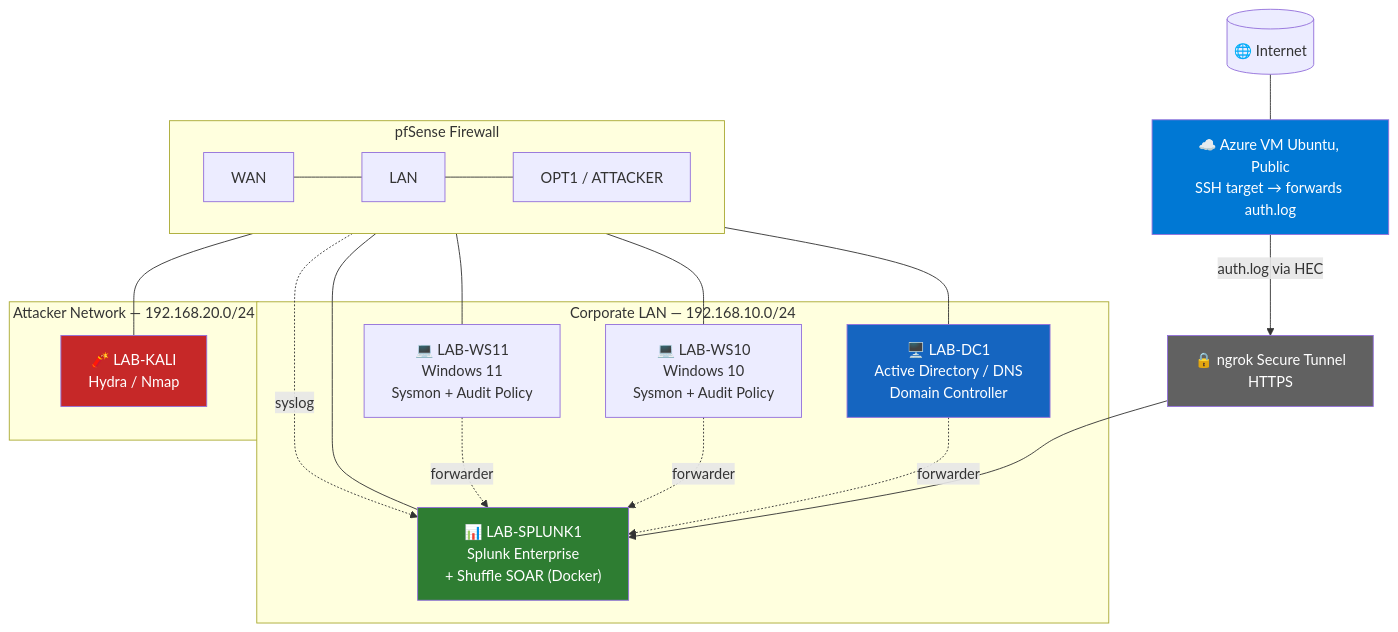
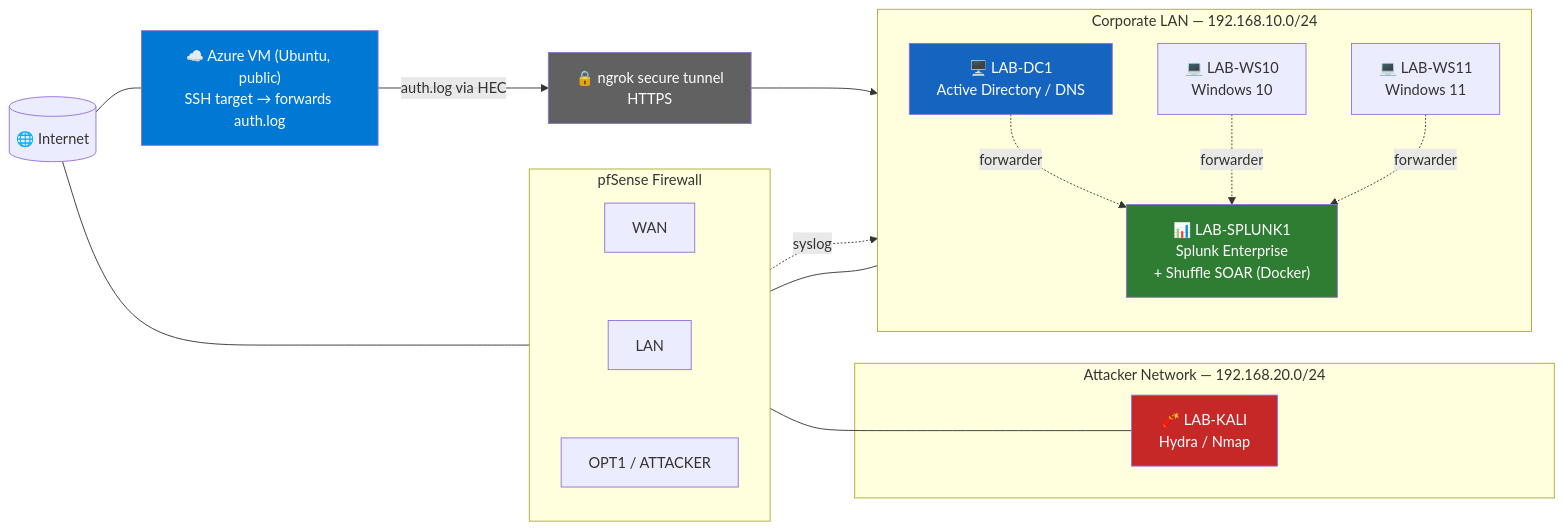
The diagram in README.md (ahhmedmostafaa/SOC-SIEM-SOAR-HomeLab), drawn with Mermaid before and after one commit. The commit also changed other lines of this file, not shown here.

````diff
--- a/README.md
+++ b/README.md
@@ -20,44 +20,45 @@
 ```mermaid
-flowchart TB
+flowchart LR
     INET[("🌐 Internet")]
-    NGROK["🔒 ngrok Secure Tunnel<br/>HTTPS"]
-    AZURE["☁️ Azure VM Ubuntu, Public<br/>SSH target → forwards auth.log"]
-
-    INET --- AZURE
-    AZURE -- auth.log via HEC --> NGROK
+    AZURE["☁️ Azure VM (Ubuntu, public)<br/>SSH target → forwards auth.log"]
+    NGROK["🔒 ngrok secure tunnel<br/>HTTPS"]
 
     subgraph FW["pfSense Firewall"]
-        direction LR
-        WAN["WAN"] --- LANIF["LAN"] --- OPT["OPT1 / ATTACKER"]
-    end
-
-    NGROK --> SPLUNK
-
-    subgraph LAN["Corporate LAN — 192.168.10.0/24"]
-        DC["🖥️ LAB-DC1<br/>Active Directory / DNS<br/>Domain Controller"]
-        WS10["💻 LAB-WS10<br/>Windows 10<br/>Sysmon + Audit Policy"]
-        WS11["💻 LAB-WS11<br/>Windows 11<br/>Sysmon + Audit Policy"]
-        SPLUNK["📊 LAB-SPLUNK1<br/>Splunk Enterprise<br/>+ Shuffle SOAR (Docker)"]
+        direction TB
+        WAN["WAN"]
+        LANIF["LAN"]
+        OPT["OPT1 / ATTACKER"]
     end
 
     subgraph ATTACKER["Attacker Network — 192.168.20.0/24"]
         KALI["🧨 LAB-KALI<br/>Hydra / Nmap"]
     end
 
-    LANIF --- DC
-    LANIF --- WS10
-    LANIF --- WS11
-    LANIF --- SPLUNK
+    subgraph LAN["Corporate LAN — 192.168.10.0/24"]
+        direction TB
+        DC["🖥️ LAB-DC1<br/>Active Directory / DNS"]
+        WS10["💻 LAB-WS10<br/>Windows 10"]
+        WS11["💻 LAB-WS11<br/>Windows 11"]
+        SPLUNK["📊 LAB-SPLUNK1<br/>Splunk Enterprise<br/>+ Shuffle SOAR (Docker)"]
+    end
+
+    WAN ~~~ LANIF ~~~ OPT
+    INET --- AZURE
+    INET --- WAN
+    AZURE -- "auth.log via HEC" --> NGROK
+    NGROK --> SPLUNK
+
+    LANIF --- LAN
     OPT --- KALI
 
     DC -. forwarder .-> SPLUNK
     WS10 -. forwarder .-> SPLUNK
     WS11 -. forwarder .-> SPLUNK
-    FW -. syslog .-> SPLUNK
+    LANIF -. syslog .-> SPLUNK
 
     style SPLUNK fill:#2e7d32,color:#fff
     style DC fill:#1565c0,color:#fff
     style KALI fill:#c62828,color:#fff
     style AZURE fill:#0078d4,color:#fff
     style NGROK fill:#616161,color:#fff
 ```
````
